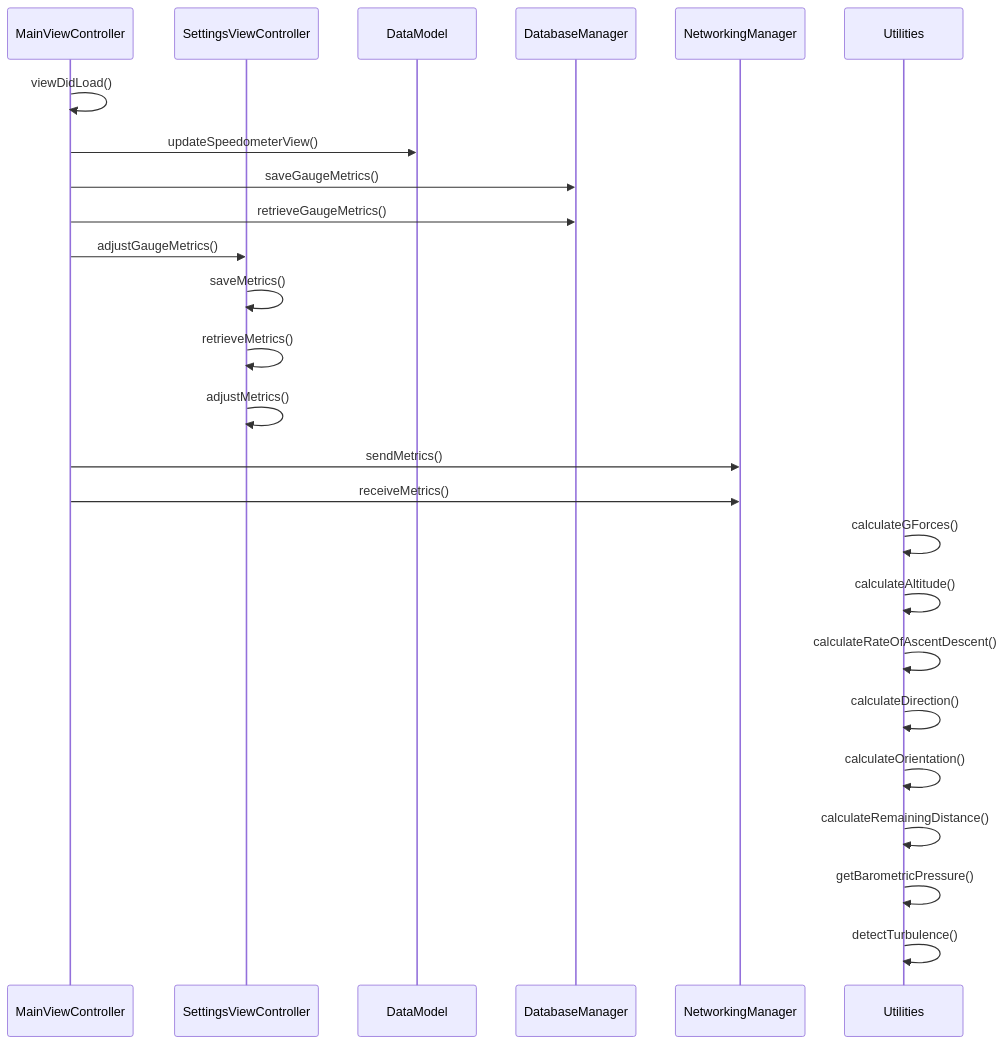
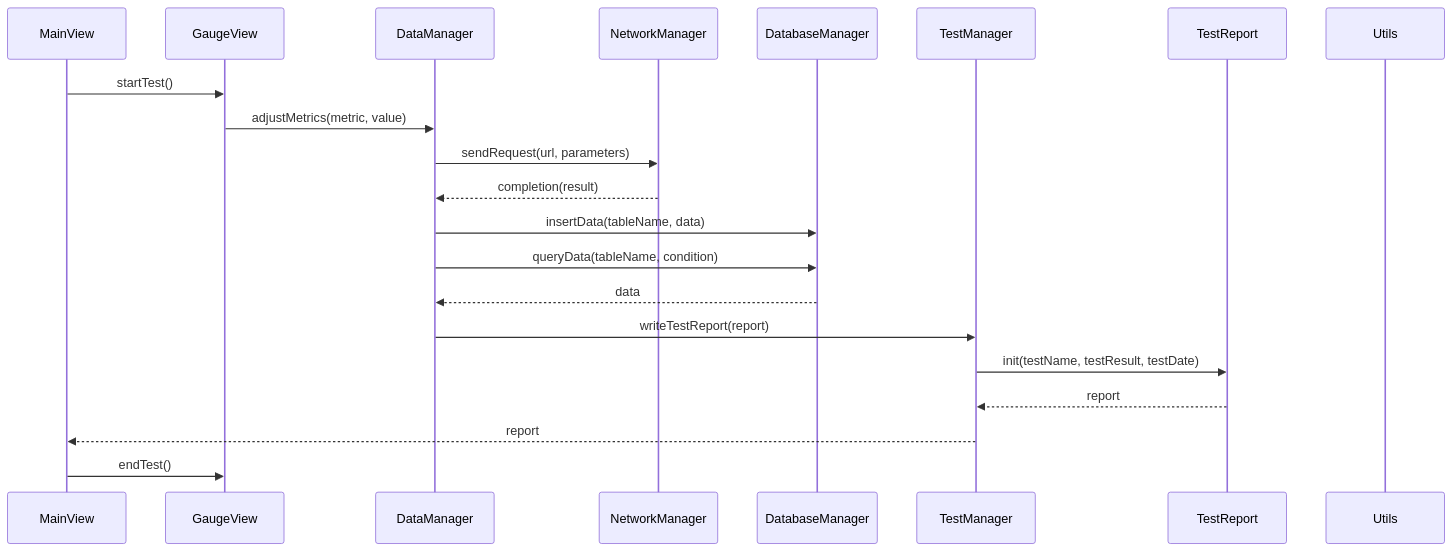
One commit to EGAdams/chrome-meta-gpt changed the third of 3 diagrams in metagpt/provider/user.md. Above: the diagram before and after it, drawn with Mermaid. The commit also changed other lines of this file and 3 other files, not shown here.

````diff
--- a/metagpt/provider/user.md
+++ b/metagpt/provider/user.md
@@ -287,27 +221,24 @@
 ```mermaid
 sequenceDiagram
-    participant M as MainViewController
-    participant S as SettingsViewController
-    participant D as DataModel
+    participant M as MainView
+    participant G as GaugeView
+    participant D as DataManager
+    participant N as NetworkManager
     participant DB as DatabaseManager
-    participant N as NetworkingManager
-    participant U as Utilities
-    M->>M: viewDidLoad()
-    M->>D: updateSpeedometerView()
-    M->>DB: saveGaugeMetrics()
-    M->>DB: retrieveGaugeMetrics()
-    M->>S: adjustGaugeMetrics()
-    S->>S: saveMetrics()
-    S->>S: retrieveMetrics()
-    S->>S: adjustMetrics()
-    M->>N: sendMetrics()
-    M->>N: receiveMetrics()
-    U->>U: calculateGForces()
-    U->>U: calculateAltitude()
-    U->>U: calculateRateOfAscentDescent()
-    U->>U: calculateDirection()
-    U->>U: calculateOrientation()
-    U->>U: calculateRemainingDistance()
-    U->>U: getBarometricPressure()
-    U->>U: detectTurbulence()
+    participant TM as TestManager
+    participant TR as TestReport
+    participant U as Utils
+
+    M->>G: startTest()
+    G->>D: adjustMetrics(metric, value)
+    D->>N: sendRequest(url, parameters)
+    N-->>D: completion(result)
+    D->>DB: insertData(tableName, data)
+    D->>DB: queryData(tableName, condition)
+    DB-->>D: data
+    D->>TM: writeTestReport(report)
+    TM->>TR: init(testName, testResult, testDate)
+    TR-->>TM: report
+    TM-->>M: report
+    M->>G: endTest()
 ```
````
